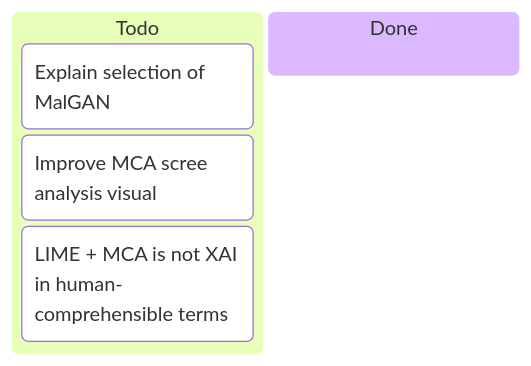
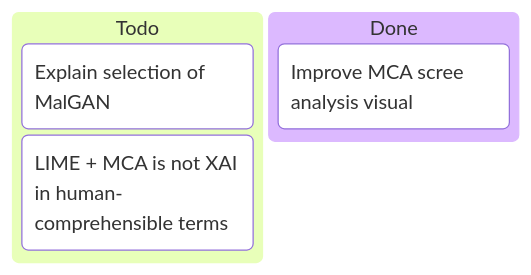
Before and after one commit to onlyidev/bachelor.thesis: the third of 3 diagrams in README.md, drawn with Mermaid. The commit also changed other lines of this file and 2 other files, not shown here.

Commit message:
feat(improvements): Improve scree analysis visual

````diff
--- a/README.md
+++ b/README.md
@@ -31,9 +32,9 @@
 ```mermaid
 kanban
 todo["Todo"]
   malgan["Explain selection of MalGAN"]
-  scree["Improve MCA scree analysis visual"]
   expl["LIME + MCA is not XAI in human-comprehensible terms"]
 done["Done"]
+  scree["Improve MCA scree analysis visual"]
 
 ```
````
